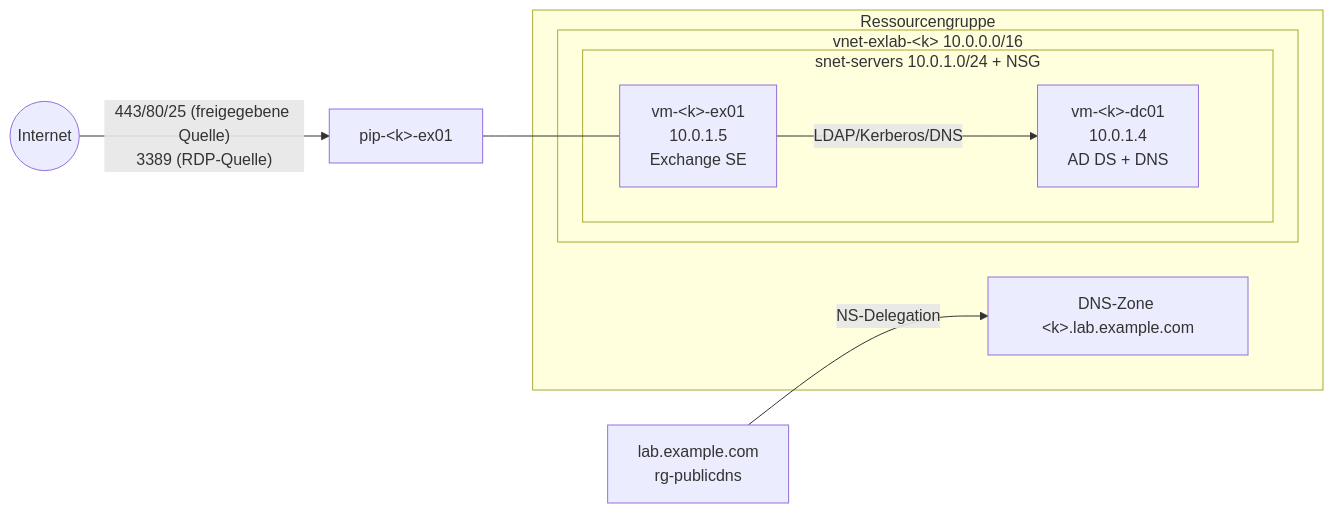
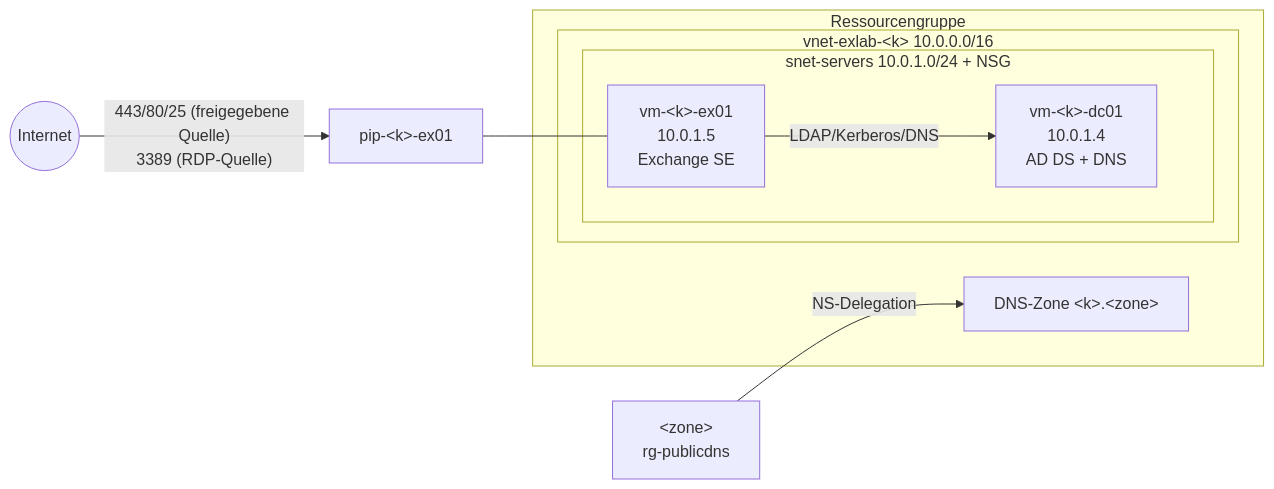
One commit to sredlin/TraineeLab changed the diagram in readme.md. Above: the diagram before and after it, drawn with Mermaid. The commit also changed other lines of this file and 2 other files, not shown here.

First line of the commit message:
feat(dns): Zonennamen als Pflichtparameter ohne Vorgabe

````diff
--- a/readme.md
+++ b/readme.md
@@ -9,16 +9,16 @@
 ```mermaid
 flowchart LR
     Internet((Internet)) -->|"443/80/25 (freigegebene Quelle)\n3389 (RDP-Quelle)"| PIP[pip-&lt;k&gt;-ex01]
     subgraph RG[Ressourcengruppe]
         subgraph VNET[vnet-exlab-&lt;k&gt; 10.0.0.0/16]
             subgraph SNET[snet-servers 10.0.1.0/24 + NSG]
                 DC[vm-&lt;k&gt;-dc01<br/>10.0.1.4<br/>AD DS + DNS]
                 EX[vm-&lt;k&gt;-ex01<br/>10.0.1.5<br/>Exchange SE]
             end
         end
-        ZONE[DNS-Zone &lt;k&gt;.lab.example.com]
+        ZONE[DNS-Zone &lt;k&gt;.&lt;zone&gt;]
     end
     PIP --- EX
     EX -->|LDAP/Kerberos/DNS| DC
-    PARENT[lab.example.com<br/>rg-publicdns] -->|NS-Delegation| ZONE
+    PARENT[&lt;zone&gt;<br/>rg-publicdns] -->|NS-Delegation| ZONE
 ```
````
